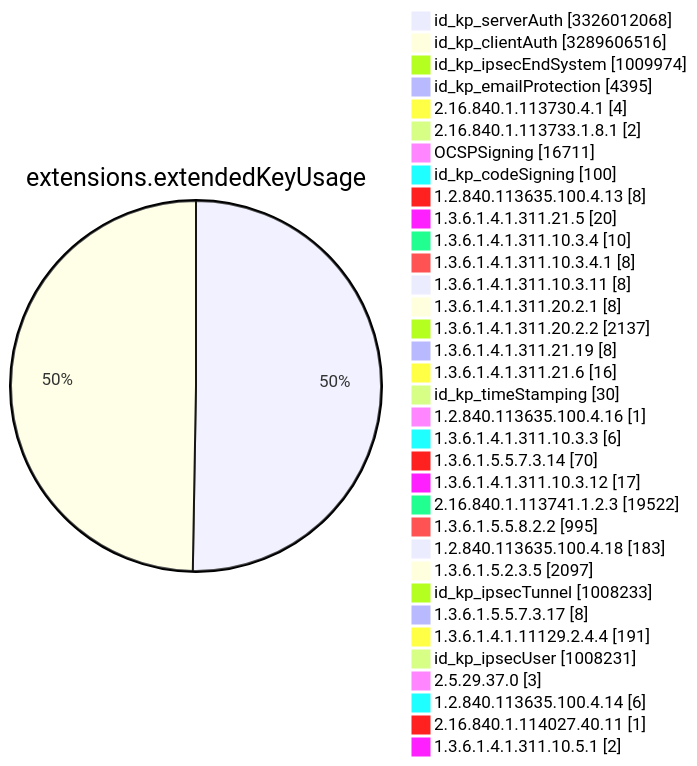
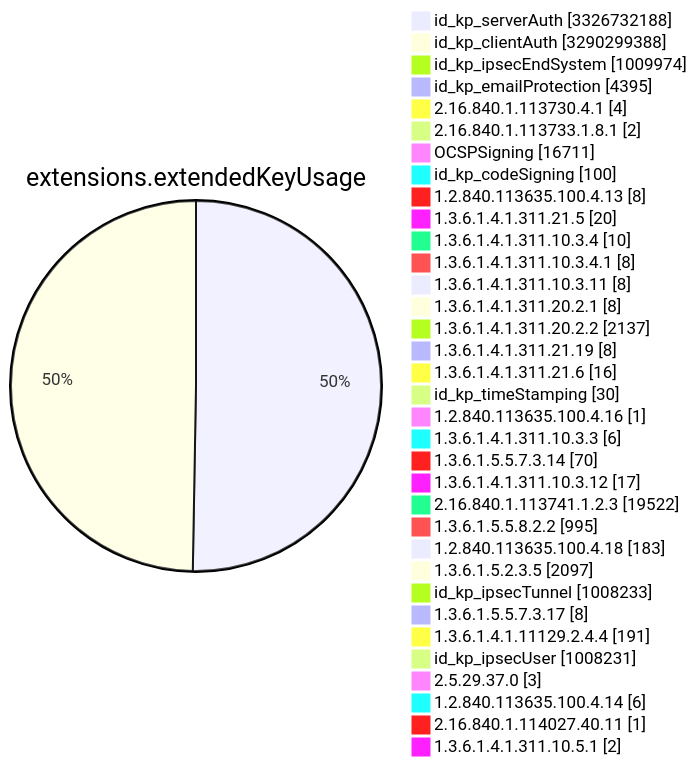
One commit to christiankrug/ctmonitor_visualization changed diagram 11 of 15 in TOTAL/README.md. Above: the diagram before and after it, drawn with Mermaid. The commit also changed other lines of this file, not shown here.

````diff
--- a/TOTAL/README.md
+++ b/TOTAL/README.md
@@ -4120,38 +4120,38 @@
 ```mermaid
 pie showData
 title extensions.extendedKeyUsage
-"id_kp_serverAuth" :3326012068
-"id_kp_clientAuth" :3289606516
+"id_kp_serverAuth" :3326732188
+"id_kp_clientAuth" :3290299388
 "id_kp_ipsecEndSystem" :1009974
 "id_kp_emailProtection" :4395
 "2.16.840.1.113730.4.1" :4
 "2.16.840.1.113733.1.8.1" :2
 "OCSPSigning" :16711
 "id_kp_codeSigning" :100
 "1.2.840.113635.100.4.13" :8
 "1.3.6.1.4.1.311.21.5" :20
 "1.3.6.1.4.1.311.10.3.4" :10
 "1.3.6.1.4.1.311.10.3.4.1" :8
 "1.3.6.1.4.1.311.10.3.11" :8
 "1.3.6.1.4.1.311.20.2.1" :8
 "1.3.6.1.4.1.311.20.2.2" :2137
 "1.3.6.1.4.1.311.21.19" :8
 "1.3.6.1.4.1.311.21.6" :16
 "id_kp_timeStamping" :30
 "1.2.840.113635.100.4.16" :1
 "1.3.6.1.4.1.311.10.3.3" :6
 "1.3.6.1.5.5.7.3.14" :70
 "1.3.6.1.4.1.311.10.3.12" :17
 "2.16.840.1.113741.1.2.3" :19522
 "1.3.6.1.5.5.8.2.2" :995
 "1.2.840.113635.100.4.18" :183
 "1.3.6.1.5.2.3.5" :2097
 "id_kp_ipsecTunnel" :1008233
 "1.3.6.1.5.5.7.3.17" :8
 "1.3.6.1.4.1.11129.2.4.4" :191
 "id_kp_ipsecUser" :1008231
 "2.5.29.37.0" :3
 "1.2.840.113635.100.4.14" :6
 "2.16.840.1.114027.40.11" :1
 "1.3.6.1.4.1.311.10.5.1" :2
 ```
````
